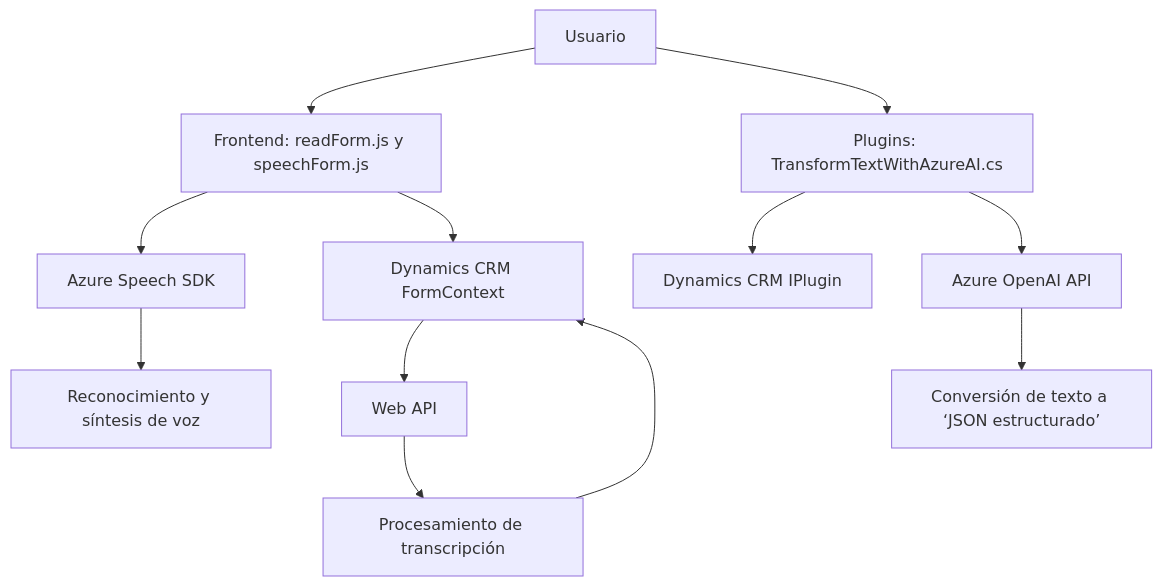
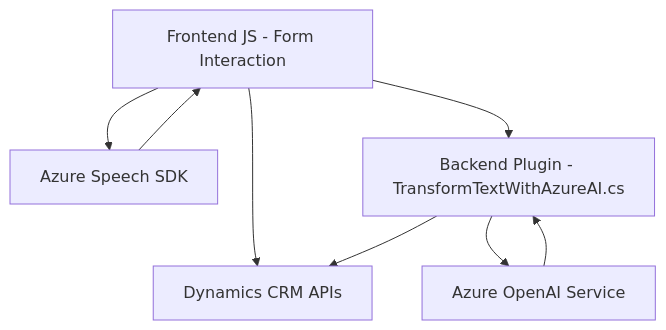
One commit to blopezdm/NETCORE_BILBAO2025 changed the diagram in README.md. Above: the diagram before and after it, drawn with Mermaid. The commit also changed other lines of this file, not shown here.

````diff
--- a/README.md
+++ b/README.md
@@ -41,15 +50,16 @@
 ```mermaid
 graph TD
-    A["Usuario"] --> B["Frontend: readForm.js y speechForm.js"]
-    B --> C["Azure Speech SDK"]
-    C --> F["Reconocimiento y síntesis de voz"]
-    B --> D["Dynamics CRM FormContext"]
-    D --> E["Web API"]
-    E --> G["Procesamiento de transcripción"]
-    G --> D
-    
-    A --> H["Plugins: TransformTextWithAzureAI.cs"]
-    H --> I["Dynamics CRM IPlugin"]
-    H --> J["Azure OpenAI API"]
-    J --> K["Conversión de texto a ‘JSON estructurado’"]
+    A["Frontend JS - Form Interaction"]
+    B["Azure Speech SDK"]
+    C["Backend Plugin - TransformTextWithAzureAI.cs"]
+    D["Azure OpenAI Service"]
+    E["Dynamics CRM APIs"]
+
+    A --> B
+    A --> E
+    B --> A
+    A --> C
+    C --> D
+    C --> E
+    D --> C
 ```
````
